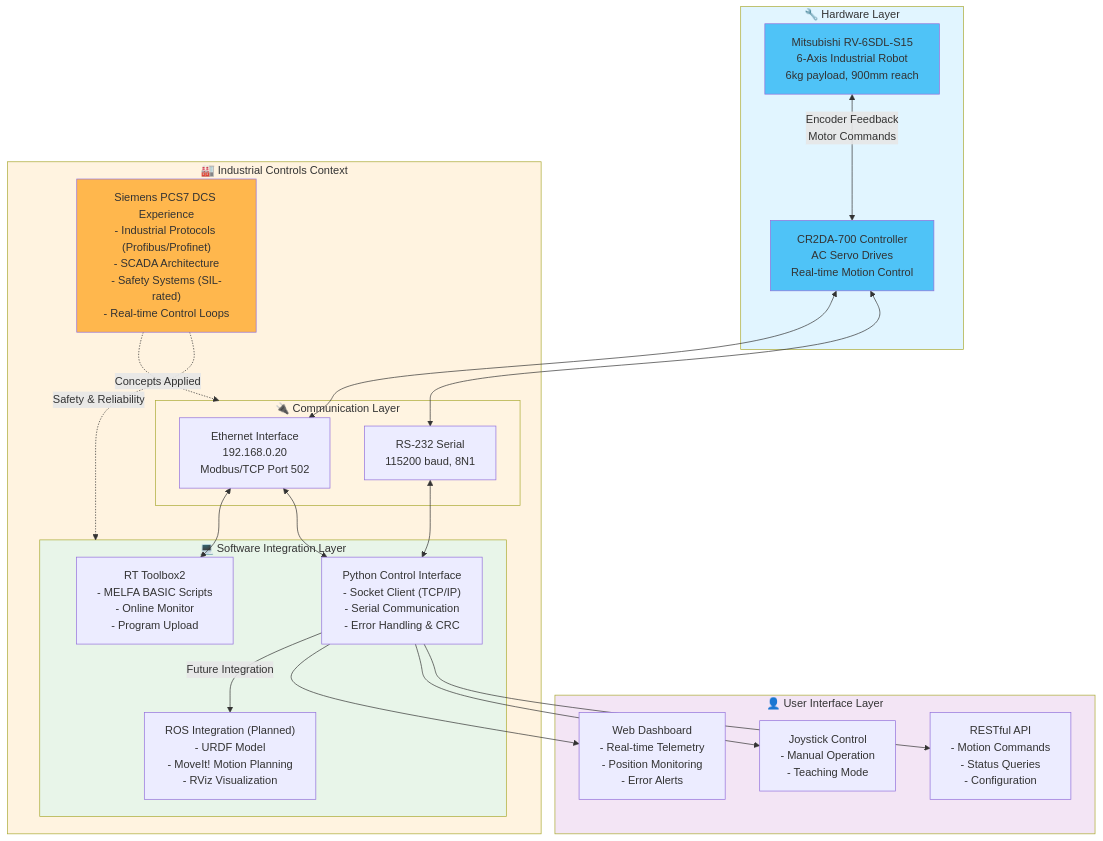
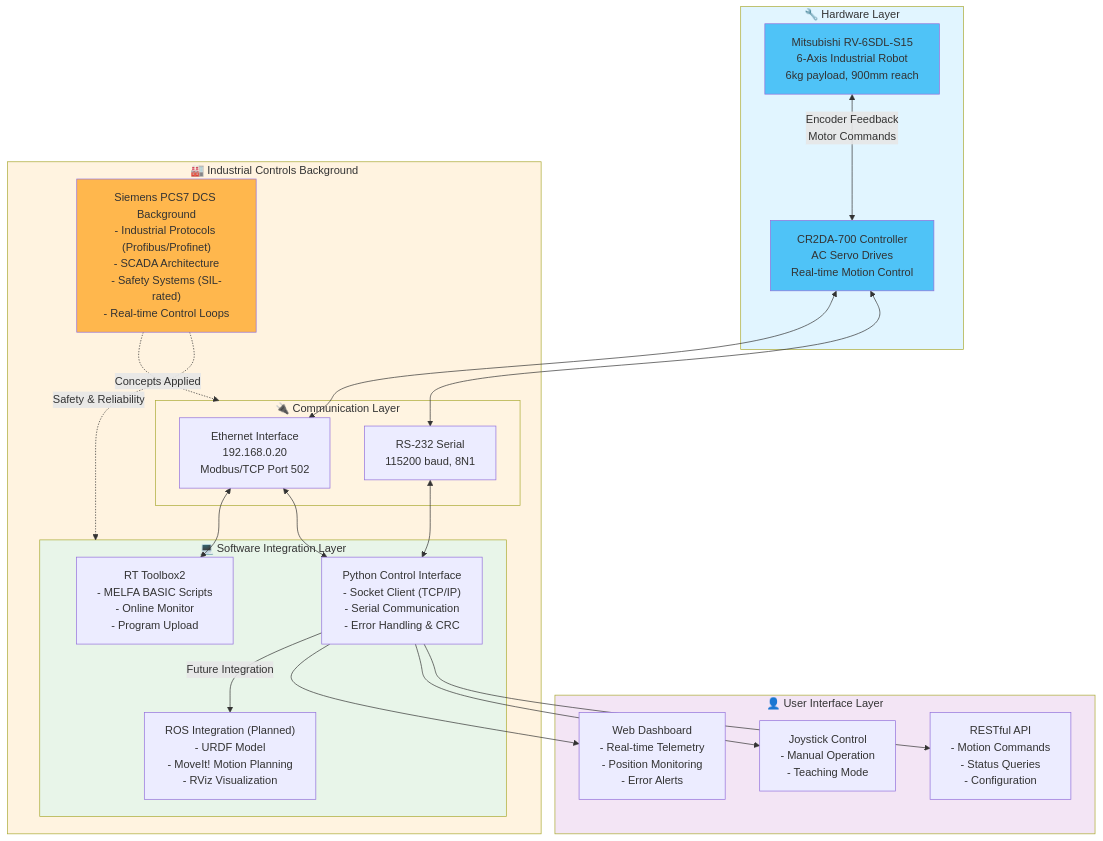
The diagram in assets/img/robot_arm/system_architecture.md (masonjeffers21/github.io), drawn with Mermaid before and after one commit. The commit also changed other lines of this file and 6 other files, not shown here.

First line of the commit message:
Update site for new role: Data Systems and Controls Engineer at Blue Origin

````diff
--- a/assets/img/robot_arm/system_architecture.md
+++ b/assets/img/robot_arm/system_architecture.md
@@ -3,54 +3,54 @@
 ```mermaid
 graph TB
     subgraph Hardware["🔧 Hardware Layer"]
         Robot["Mitsubishi RV-6SDL-S15<br/>6-Axis Industrial Robot<br/>6kg payload, 900mm reach"]
         Controller["CR2DA-700 Controller<br/>AC Servo Drives<br/>Real-time Motion Control"]
 
         Robot <--> |"Encoder Feedback<br/>Motor Commands"| Controller
     end
 
     subgraph Communication["🔌 Communication Layer"]
         Ethernet["Ethernet Interface<br/>192.168.0.20<br/>Modbus/TCP Port 502"]
         Serial["RS-232 Serial<br/>115200 baud, 8N1"]
 
         Controller <--> Ethernet
         Controller <--> Serial
     end
 
     subgraph Software["💻 Software Integration Layer"]
         RTToolbox["RT Toolbox2<br/>- MELFA BASIC Scripts<br/>- Online Monitor<br/>- Program Upload"]
         Python["Python Control Interface<br/>- Socket Client (TCP/IP)<br/>- Serial Communication<br/>- Error Handling & CRC"]
         ROS["ROS Integration (Planned)<br/>- URDF Model<br/>- MoveIt! Motion Planning<br/>- RViz Visualization"]
 
         Ethernet <--> RTToolbox
         Ethernet <--> Python
         Serial <--> Python
         Python --> |"Future Integration"| ROS
     end
 
     subgraph UserInterface["👤 User Interface Layer"]
         Dashboard["Web Dashboard<br/>- Real-time Telemetry<br/>- Position Monitoring<br/>- Error Alerts"]
         Joystick["Joystick Control<br/>- Manual Operation<br/>- Teaching Mode"]
         API["RESTful API<br/>- Motion Commands<br/>- Status Queries<br/>- Configuration"]
 
         Python --> Dashboard
         Python --> Joystick
         Python --> API
     end
 
-    subgraph DCS_Connection["🏭 Industrial Controls Context"]
-        PCS7["Siemens PCS7 DCS Experience<br/>- Industrial Protocols (Profibus/Profinet)<br/>- SCADA Architecture<br/>- Safety Systems (SIL-rated)<br/>- Real-time Control Loops"]
+    subgraph DCS_Connection["🏭 Industrial Controls Background"]
+        PCS7["Siemens PCS7 DCS Background<br/>- Industrial Protocols (Profibus/Profinet)<br/>- SCADA Architecture<br/>- Safety Systems (SIL-rated)<br/>- Real-time Control Loops"]
 
         PCS7 -.->|"Concepts Applied"| Communication
         PCS7 -.->|"Safety & Reliability"| Software
     end
 
     style Hardware fill:#e1f5ff
     style Communication fill:#fff4e1
     style Software fill:#e8f5e9
     style UserInterface fill:#f3e5f5
     style DCS_Connection fill:#fff3e0
     style Robot fill:#4fc3f7
     style Controller fill:#4fc3f7
     style PCS7 fill:#ffb74d
 ```
````
